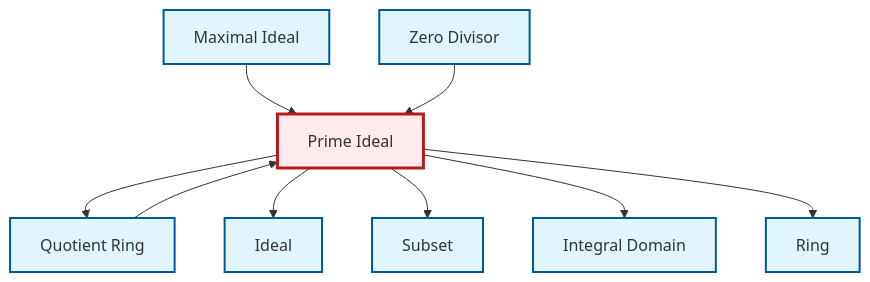
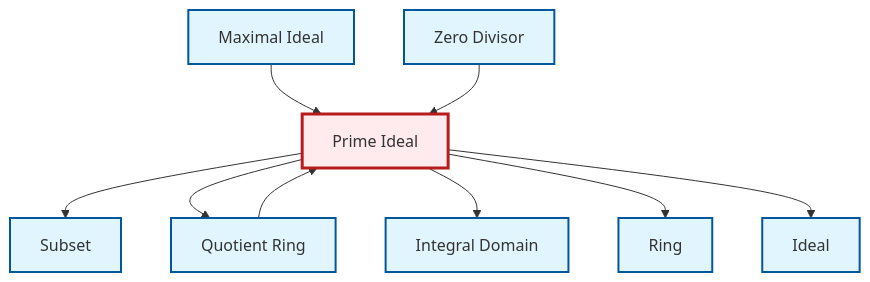
Before and after one commit to RK0429/ModernMath: the diagram in output/mermaid/en/def-prime-ideal.mermaid, drawn with Mermaid. The commit also changed other lines of this file and 1712 other files, not shown here.

```diff
--- a/output/mermaid/en/def-prime-ideal.mermaid
+++ b/output/mermaid/en/def-prime-ideal.mermaid
@@ -1,23 +1,23 @@
 graph TD
     classDef definition fill:#e1f5fe,stroke:#01579b,stroke-width:2px
     classDef theorem fill:#f3e5f5,stroke:#4a148c,stroke-width:2px
     classDef axiom fill:#fff3e0,stroke:#e65100,stroke-width:2px
     classDef example fill:#e8f5e9,stroke:#1b5e20,stroke-width:2px
     classDef current fill:#ffebee,stroke:#b71c1c,stroke-width:3px
-    def-prime-ideal["Prime Ideal"]:::definition
-    def-quotient-ring["Quotient Ring"]:::definition
     def-maximal-ideal["Maximal Ideal"]:::definition
-    def-ideal["Ideal"]:::definition
-    def-integral-domain["Integral Domain"]:::definition
-    def-subset["Subset"]:::definition
     def-zero-divisor["Zero Divisor"]:::definition
     def-ring["Ring"]:::definition
+    def-ideal["Ideal"]:::definition
+    def-prime-ideal["Prime Ideal"]:::definition
+    def-subset["Subset"]:::definition
+    def-quotient-ring["Quotient Ring"]:::definition
+    def-integral-domain["Integral Domain"]:::definition
     def-maximal-ideal --> def-prime-ideal
+    def-prime-ideal --> def-subset
+    def-zero-divisor --> def-prime-ideal
     def-prime-ideal --> def-quotient-ring
-    def-prime-ideal --> def-ideal
-    def-zero-divisor --> def-prime-ideal
-    def-prime-ideal --> def-subset
     def-prime-ideal --> def-integral-domain
     def-prime-ideal --> def-ring
     def-quotient-ring --> def-prime-ideal
+    def-prime-ideal --> def-ideal
     class def-prime-ideal current
```
